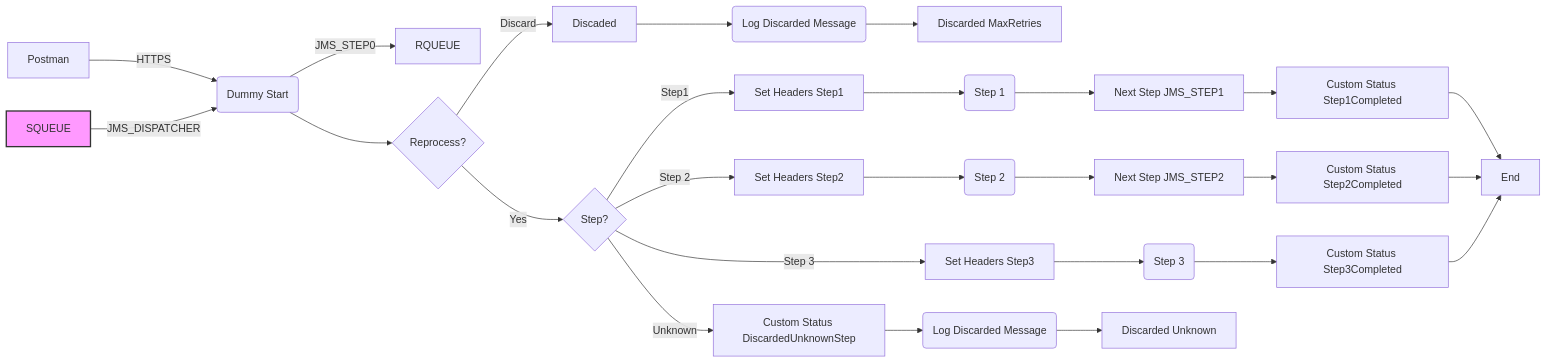
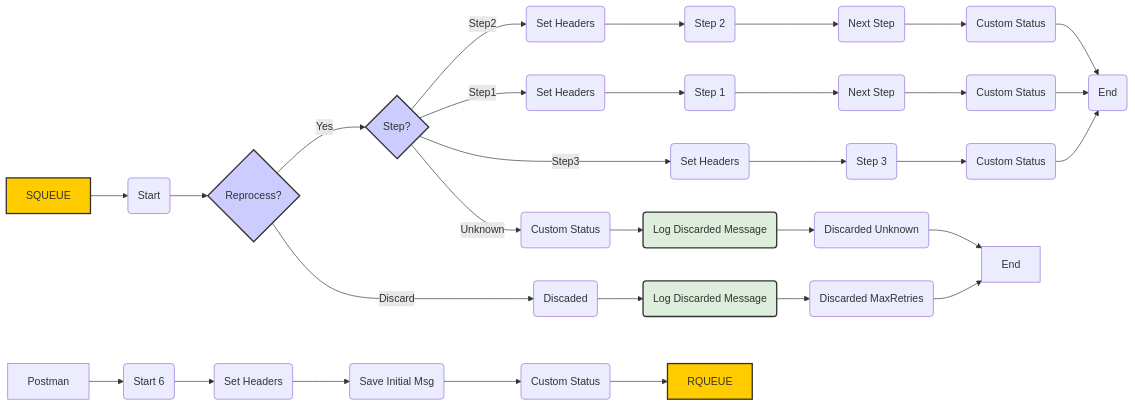
Before and after one commit to Avvale-IA-CICD/AvvaleCPI: the diagram in MMZ - Templates/SEDA_Model_-_Single_Queue_-_Restart_and_Discard-1.0.0/readme.md, drawn with Mermaid. The commit also changed other lines of this file, not shown here.

Commit message:
Add/update documentation for SEDA_Model_-_Single_Queue_-_Restart_and_Discard v1.0.0

````diff
--- a/MMZ - Templates/SEDA_Model_-_Single_Queue_-_Restart_and_Discard-1.0.0/readme.md
+++ b/MMZ - Templates/SEDA_Model_-_Single_Queue_-_Restart_and_Discard-1.0.0/readme.md
@@ -3,29 +4,41 @@
 ```mermaid
 graph LR
-    A[Postman] -- HTTPS --> B(Dummy Start)
-    B -- JMS_STEP0 --> C[RQUEUE]
-    B --> D{Reprocess?}
-    D -- Discard --> E[Discaded]
-    E --> F(Log Discarded Message)
-    F --> G[Discarded MaxRetries]
-    D -- Yes --> H{Step?}
-    H -- Step1 --> I[Set Headers Step1]
-    I --> J(Step 1)
-    J --> K[Next Step JMS_STEP1]
-    K --> L[Custom Status Step1Completed]
-    L --> M[End]
-    H -- Step 2 --> N[Set Headers Step2]
-    N --> O(Step 2)
-    O --> P[Next Step JMS_STEP2]
-    P --> Q[Custom Status Step2Completed]
-    Q --> M
-    H -- Step 3 --> R[Set Headers Step3]
-    R --> S(Step 3)
-    S --> T[Custom Status Step3Completed]
-    T --> M
-    H -- Unknown --> U[Custom Status DiscardedUnknownStep]
-    U --> V(Log Discarded Message)
-    V --> W[Discarded Unknown]
-    A1[SQUEUE] -- JMS_DISPATCHER --> B
-    style A1 fill:#f9f,stroke:#333,stroke-width:2px
+    SQUEUE[SQUEUE] --> StartEvent2(Start)
+    Postman[Postman] --> StartEvent12079806(Start 6)
+    StartEvent2 --> ReprocessQuestion{Reprocess?}
+    StartEvent12079806 --> SetHeaders1(Set Headers)
+    ReprocessQuestion -- Discard --> Discaded(Discaded)
+    ReprocessQuestion -- Yes --> StepQuestion{Step?}
+    Discaded --> LogDiscardedMessage1(Log Discarded Message)
+    StepQuestion -- Step1 --> SetHeaders2(Set Headers)
+    StepQuestion -- Step2 --> SetHeaders3(Set Headers)
+    StepQuestion -- Step3 --> SetHeaders4(Set Headers)
+    StepQuestion -- Unknown --> CustomStatus1(Custom Status)
+    SetHeaders2 --> Step1(Step 1)
+    SetHeaders3 --> Step2(Step 2)
+    SetHeaders4 --> Step3(Step 3)
+    CustomStatus1 --> LogDiscardedMessage2(Log Discarded Message)
+    Step1 --> NextStep1(Next Step)
+    Step2 --> NextStep2(Next Step)
+    Step3 --> CustomStatus2(Custom Status)
+    NextStep1 --> CustomStatus3(Custom Status)
+    NextStep2 --> CustomStatus4(Custom Status)
+    CustomStatus2 --> EndEvent2(End)
+    CustomStatus3 --> EndEvent2
+    CustomStatus4 --> EndEvent2
+    LogDiscardedMessage1 --> DiscardedMaxRetries(Discarded MaxRetries)
+    LogDiscardedMessage2 --> DiscardedUnknown(Discarded Unknown)
+    SetHeaders1 --> SaveInitialMsg(Save Initial Msg)
+    SaveInitialMsg --> CustomStatus5(Custom Status)
+    CustomStatus5 --> RQUEUE[RQUEUE]
+    DiscardedMaxRetries --> End
+    DiscardedUnknown --> End
+    classDef process fill:#f9f,stroke:#333,stroke-width:2px
+    classDef gateway fill:#ccf,stroke:#333,stroke-width:2px
+    classDef adapter fill:#ffcc00,stroke:#333,stroke-width:2px
+    classDef logging fill:#ddeedd,stroke:#333,stroke-width:2px
+
+    class SQUEUE,RQUEUE adapter
+    class ReprocessQuestion,StepQuestion gateway
+    class LogDiscardedMessage1,LogDiscardedMessage2 logging
 ```
````
